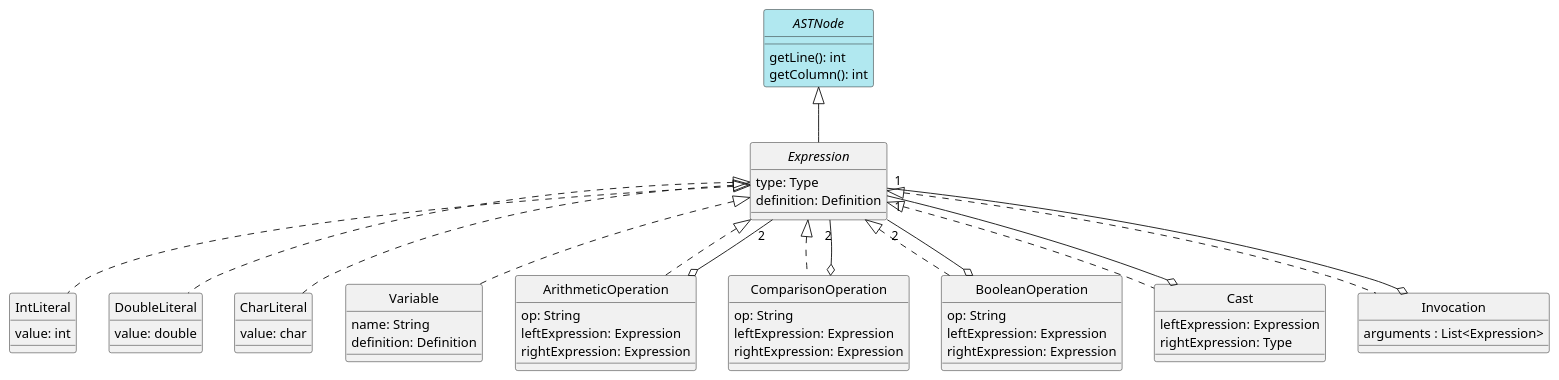
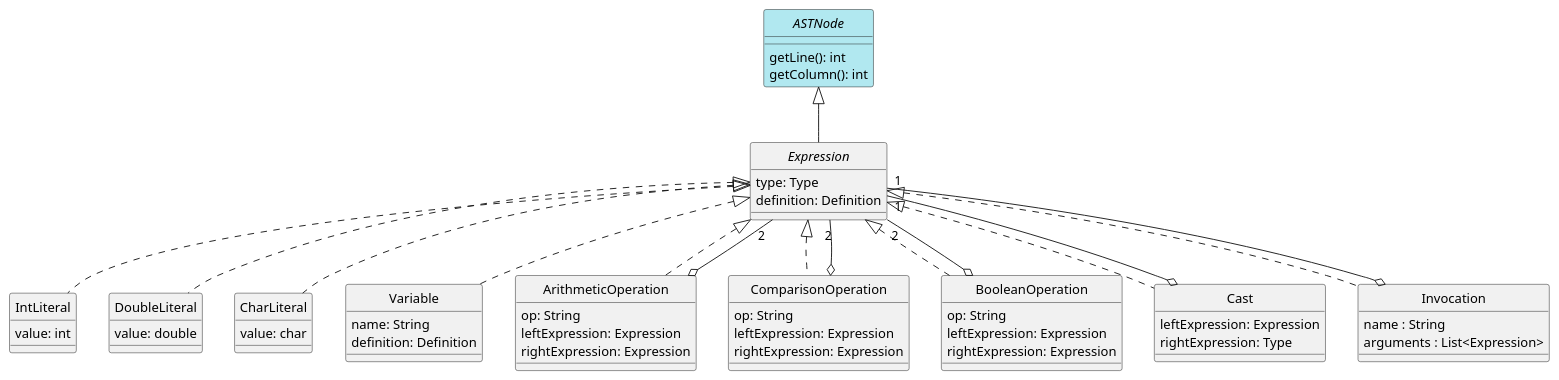
The diagram in docs/diagrams/expressions.plantuml (alvesit0/DLP-Compiler), drawn with PlantUML before and after one commit. The commit also changed 29 other files, not shown here.

```diff
--- a/docs/diagrams/expressions.plantuml
+++ b/docs/diagrams/expressions.plantuml
@@ -1,78 +1,79 @@
 @startuml Expressions
 skinparam style strictuml
 skinparam monochrome false
 
 interface ASTNode #b1e8f0 {
     getLine(): int
     getColumn(): int
 }
 
 interface Expression {
     type: Type
     definition: Definition
 }
 
 class IntLiteral {
     value: int
 }
 
 class DoubleLiteral {
     value: double
 }
 
 class CharLiteral {
     value: char
 }
 
 class Variable {
     name: String
     definition: Definition
 }
 
 class ArithmeticOperation {
     op: String
     leftExpression: Expression
     rightExpression: Expression
 }
 
 ' <, >, <=, >=
 class ComparisonOperation {
     op: String
     leftExpression: Expression
     rightExpression: Expression
 }
 
 ' ||, &&, !
 class BooleanOperation {
     op: String
     leftExpression: Expression
     rightExpression: Expression
 }
 
 class Cast {
     leftExpression: Expression
     rightExpression: Type
 }
 
 class Invocation {
+    name : String
     arguments : List<Expression>
 }
 
 ASTNode <|-- Expression
 Expression <|.. IntLiteral
 Expression <|.. DoubleLiteral
 Expression <|.. CharLiteral
 Expression <|.. Variable
 Expression <|.. ArithmeticOperation
 Expression <|.. ComparisonOperation
 Expression <|.. BooleanOperation
 Expression <|.. Cast
 Expression <|.. Invocation
 
 ArithmeticOperation o--"2" Expression
 BooleanOperation o--"2" Expression
 ComparisonOperation o--"2" Expression
 Cast o--"1" Expression
 Invocation o--"1" Expression
 
 @enduml
```
